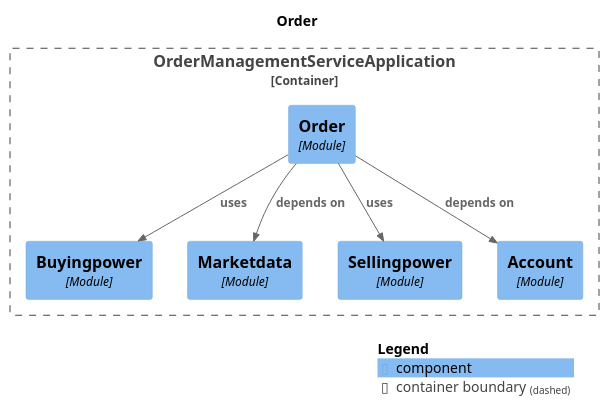
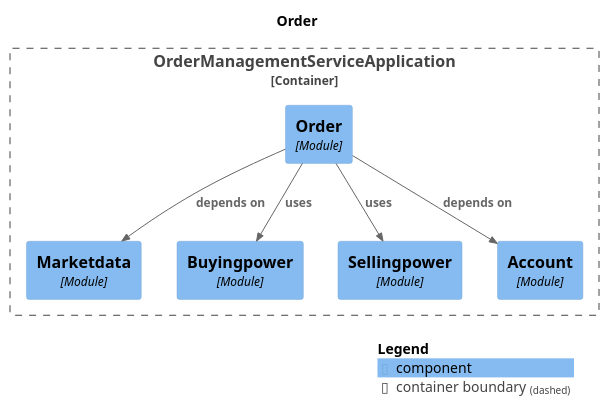
The diagram in static/spring-modulith-docs/module-order.puml (NosearY/order-management-service-reference-implementation), drawn with PlantUML before and after one commit. The commit also changed other lines of this file and 97 other files, not shown here.

```diff
--- a/static/spring-modulith-docs/module-order.puml
+++ b/static/spring-modulith-docs/module-order.puml
@@ -1,25 +1,25 @@
 @startuml
 set separator none
 title Order
 
 top to bottom direction
 
 !include <C4/C4>
 !include <C4/C4_Context>
 !include <C4/C4_Component>
 
 Container_Boundary("OrderManagementServiceApplication.OrderManagementServiceApplication_boundary", "OrderManagementServiceApplication", $tags="") {
   Component(OrderManagementServiceApplication.OrderManagementServiceApplication.Order, "Order", $techn="Module", $descr="", $tags="", $link="")
+  Component(OrderManagementServiceApplication.OrderManagementServiceApplication.Marketdata, "Marketdata", $techn="Module", $descr="", $tags="", $link="")
   Component(OrderManagementServiceApplication.OrderManagementServiceApplication.Buyingpower, "Buyingpower", $techn="Module", $descr="", $tags="", $link="")
-  Component(OrderManagementServiceApplication.OrderManagementServiceApplication.Marketdata, "Marketdata", $techn="Module", $descr="", $tags="", $link="")
   Component(OrderManagementServiceApplication.OrderManagementServiceApplication.Sellingpower, "Sellingpower", $techn="Module", $descr="", $tags="", $link="")
   Component(OrderManagementServiceApplication.OrderManagementServiceApplication.Account, "Account", $techn="Module", $descr="", $tags="", $link="")
 }
 
+Rel(OrderManagementServiceApplication.OrderManagementServiceApplication.Order, OrderManagementServiceApplication.OrderManagementServiceApplication.Marketdata, "depends on", $techn="", $tags="", $link="")
 Rel(OrderManagementServiceApplication.OrderManagementServiceApplication.Order, OrderManagementServiceApplication.OrderManagementServiceApplication.Account, "depends on", $techn="", $tags="", $link="")
-Rel(OrderManagementServiceApplication.OrderManagementServiceApplication.Order, OrderManagementServiceApplication.OrderManagementServiceApplication.Marketdata, "depends on", $techn="", $tags="", $link="")
 Rel(OrderManagementServiceApplication.OrderManagementServiceApplication.Order, OrderManagementServiceApplication.OrderManagementServiceApplication.Buyingpower, "uses", $techn="", $tags="", $link="")
 Rel(OrderManagementServiceApplication.OrderManagementServiceApplication.Order, OrderManagementServiceApplication.OrderManagementServiceApplication.Sellingpower, "uses", $techn="", $tags="", $link="")
 
 SHOW_LEGEND(true)
 @enduml
```
